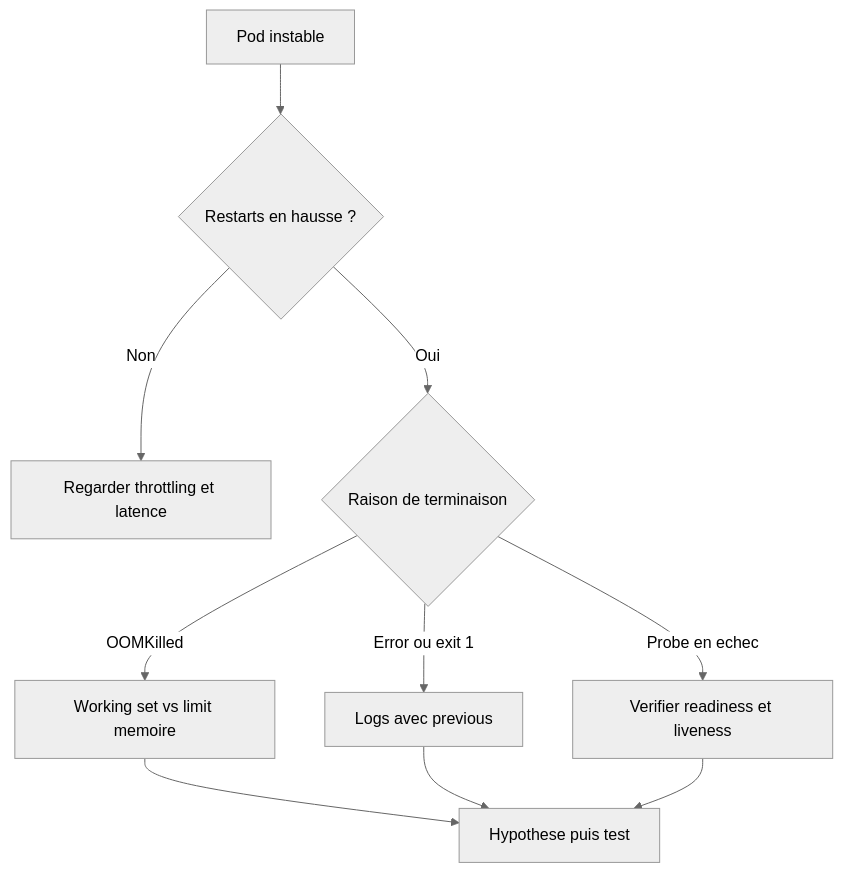
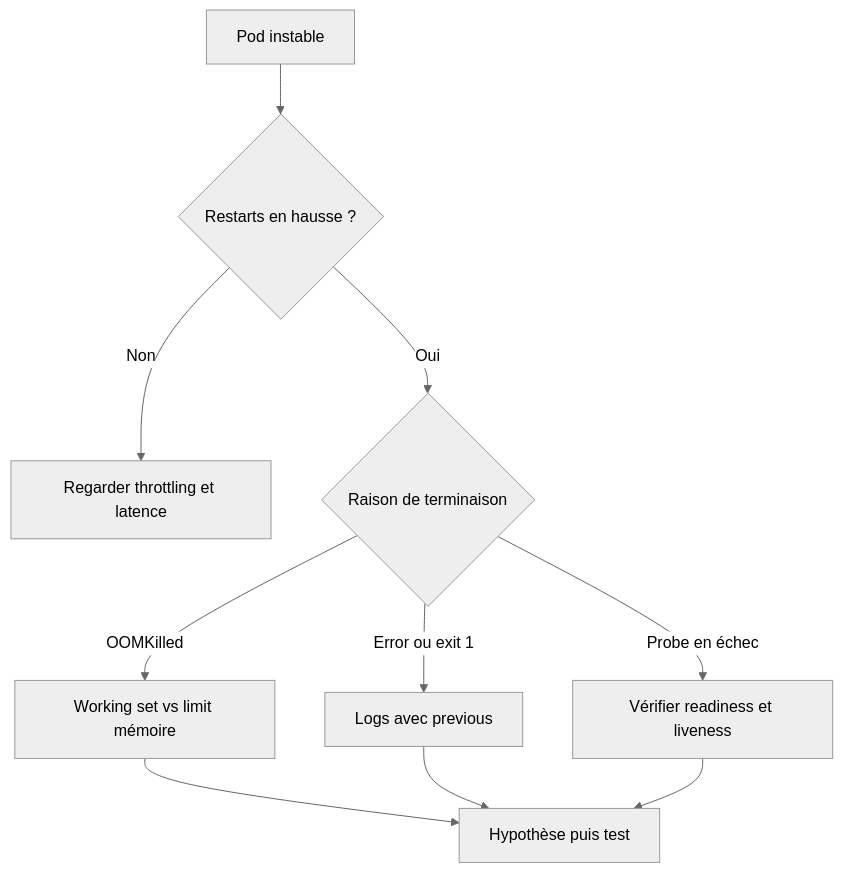
Before and after one commit to Gooseppr/GevOps_LC: the second of 2 diagrams in courses/grafana/23_observabilite_kubernetes.md, drawn with Mermaid (neutral theme). The commit also changed other lines of this file and 56 other files, not shown here.

````diff
--- a/courses/grafana/23_observabilite_kubernetes.md
+++ b/courses/grafana/23_observabilite_kubernetes.md
@@ -342,12 +342,12 @@
 ```mermaid
 flowchart TD
     A[Pod instable] --> B{Restarts en hausse ?}
     B -->|Non| C[Regarder throttling et latence]
     B -->|Oui| D{Raison de terminaison}
-    D -->|OOMKilled| E[Working set vs limit memoire]
+    D -->|OOMKilled| E[Working set vs limit mémoire]
     D -->|Error ou exit 1| F[Logs avec previous]
-    D -->|Probe en echec| G[Verifier readiness et liveness]
-    E --> H[Hypothese puis test]
+    D -->|Probe en échec| G[Vérifier readiness et liveness]
+    E --> H[Hypothèse puis test]
     F --> H
     G --> H
 ```
````
